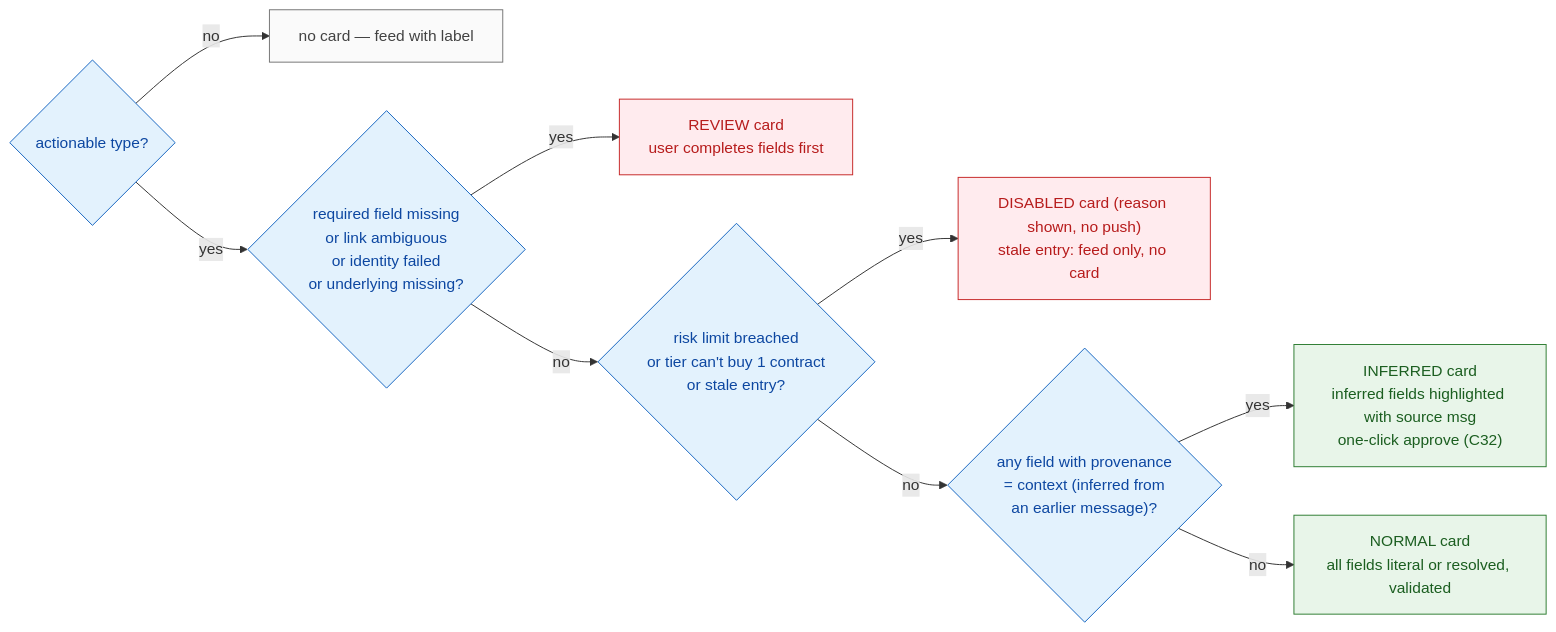
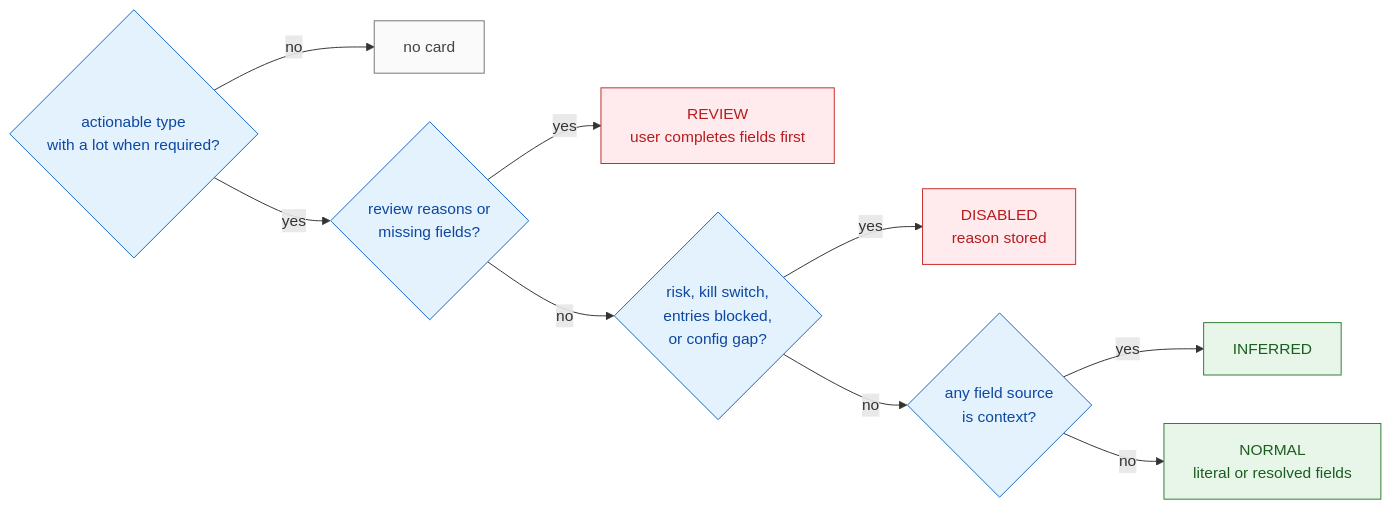
Before and after one commit to idolrun/trading-agent: the third of 3 diagrams in docs/diagrams/05-signal-processing-flowchart.md, drawn with Mermaid. The commit also changed other lines of this file and 131 other files, not shown here.

First line of the commit message:
docs: update architecture and data flow diagrams for clarity and consistency

````diff
--- a/docs/diagrams/05-signal-processing-flowchart.md
+++ b/docs/diagrams/05-signal-processing-flowchart.md
@@ -211,26 +152,26 @@
 ```mermaid
 flowchart LR
     classDef code fill:#e3f2fd,stroke:#1565c0,color:#0d47a1
     classDef fail fill:#ffebee,stroke:#c62828,color:#b71c1c
     classDef card fill:#e8f5e9,stroke:#2e7d32,color:#1b5e20
     classDef feed fill:#fafafa,stroke:#757575,color:#424242
 
-    A{"actionable type?"}:::code
-    NA["no card — feed with label"]:::feed
-    B{"required field missing<br/>or link ambiguous<br/>or identity failed<br/>or underlying missing?"}:::code
-    RV["REVIEW card<br/>user completes fields first"]:::fail
-    C{"risk limit breached<br/>or tier can't buy 1 contract<br/>or stale entry?"}:::code
-    DS["DISABLED card (reason shown, no push)<br/>stale entry: feed only, no card"]:::fail
-    D{"any field with provenance<br/>= context (inferred from<br/>an earlier message)?"}:::code
-    IF["INFERRED card<br/>inferred fields highlighted with source msg<br/>one-click approve (C32)"]:::card
-    NM["NORMAL card<br/>all fields literal or resolved, validated"]:::card
+    A{"actionable type<br/>with a lot when required?"}:::code
+    NA["no card"]:::feed
+    B{"review reasons or<br/>missing fields?"}:::code
+    RV["REVIEW<br/>user completes fields first"]:::fail
+    C{"risk, kill switch,<br/>entries blocked,<br/>or config gap?"}:::code
+    DS["DISABLED<br/>reason stored"]:::fail
+    D{"any field source<br/>is context?"}:::code
+    INF["INFERRED"]:::card
+    NM["NORMAL<br/>literal or resolved fields"]:::card
 
     A -->|"no"| NA
     A -->|"yes"| B
     B -->|"yes"| RV
     B -->|"no"| C
     C -->|"yes"| DS
     C -->|"no"| D
-    D -->|"yes"| IF
+    D -->|"yes"| INF
     D -->|"no"| NM
 ```
````
